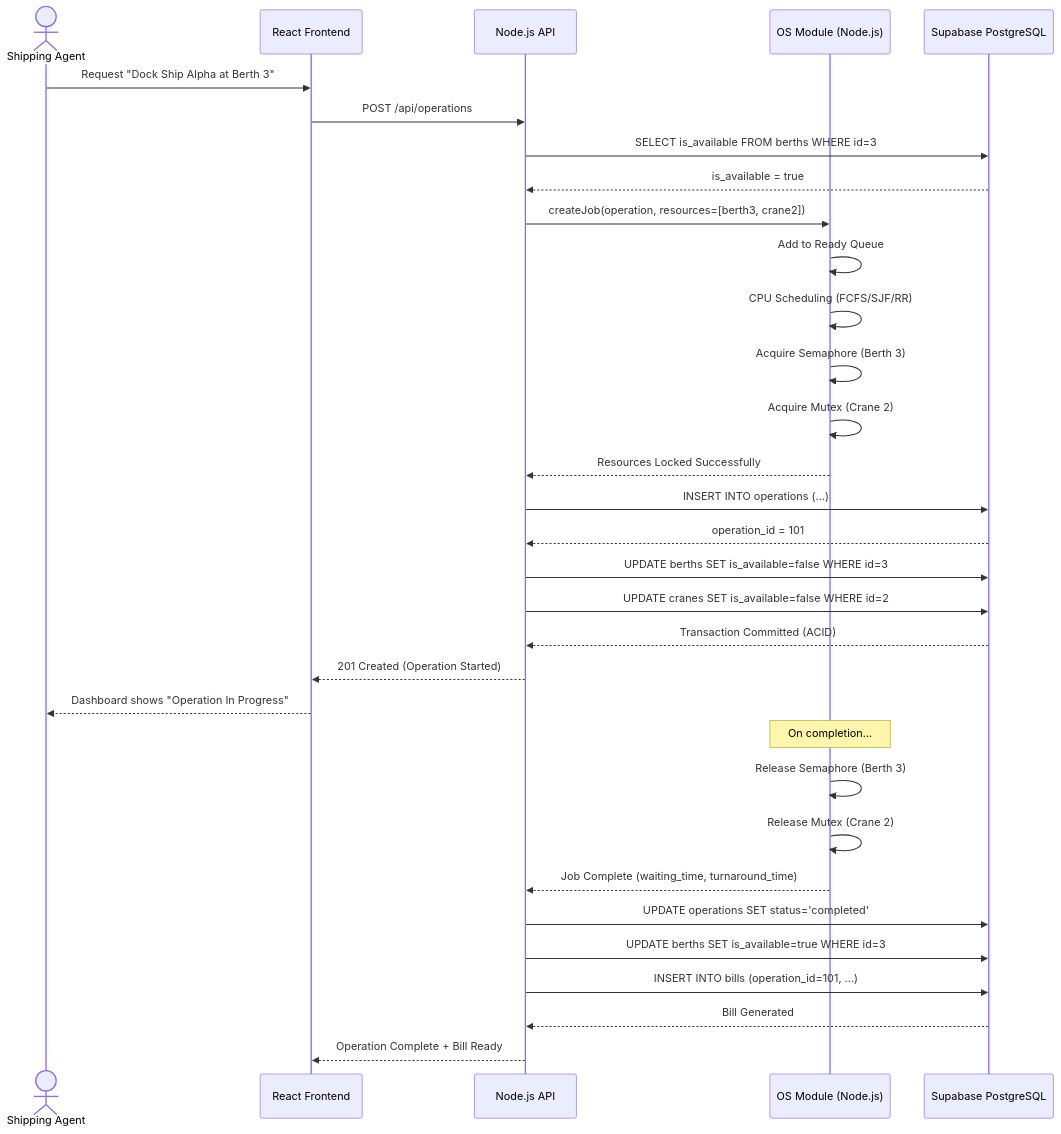
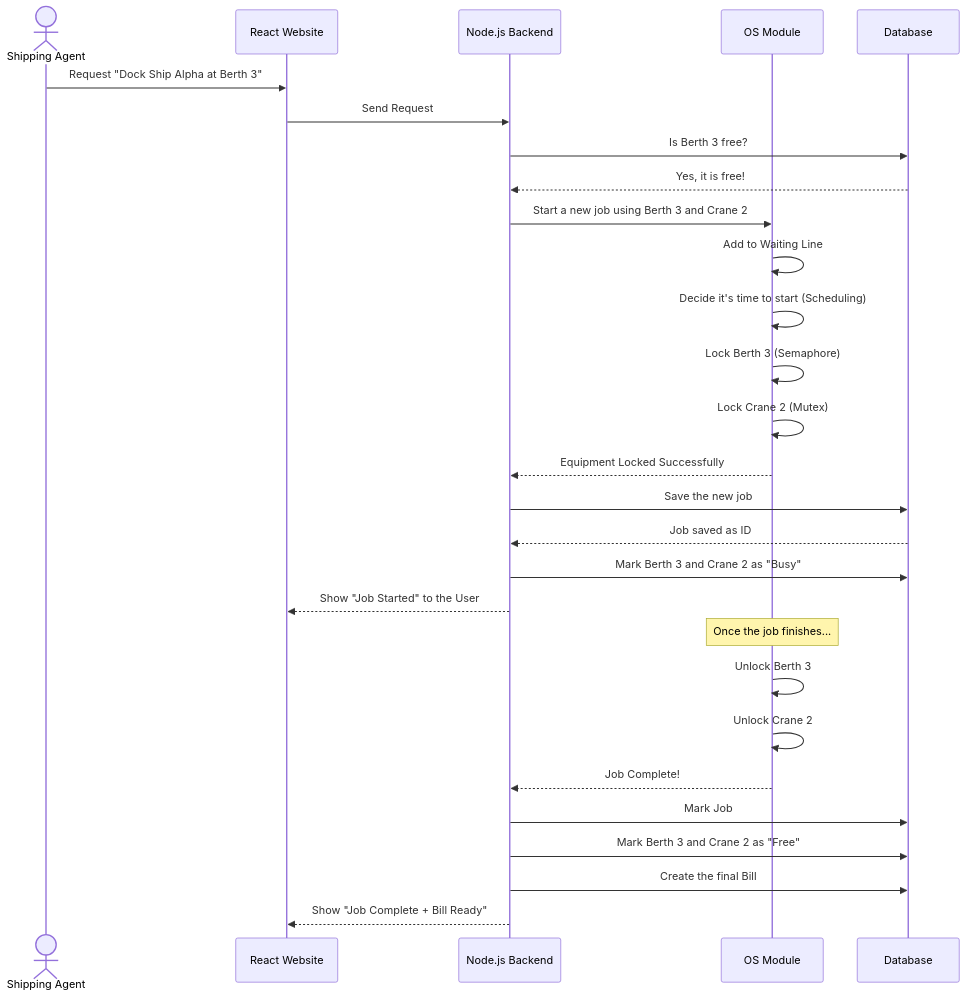
The sixth of 8 diagrams in README.md (Sujalkathait/PortFlow), drawn with Mermaid before and after one commit. The commit also changed other lines of this file, not shown here.

````diff
--- a/README.md
+++ b/README.md
@@ -540,35 +513,32 @@
 ```mermaid
 sequenceDiagram
     actor Agent as Shipping Agent
-    participant UI as React Frontend
-    participant API as Node.js API
-    participant OS as OS Module (Node.js)
-    participant DB as Supabase PostgreSQL
+    participant UI as React Website
+    participant API as Node.js Backend
+    participant OS as OS Module
+    participant DB as Database
 
     Agent->>UI: Request "Dock Ship Alpha at Berth 3"
-    UI->>API: POST /api/operations
-    API->>DB: SELECT is_available FROM berths WHERE id=3
-    DB-->>API: is_available = true
-    API->>OS: createJob(operation, resources=[berth3, crane2])
-    OS->>OS: Add to Ready Queue
-    OS->>OS: CPU Scheduling (FCFS/SJF/RR)
-    OS->>OS: Acquire Semaphore (Berth 3)
-    OS->>OS: Acquire Mutex (Crane 2)
-    OS-->>API: Resources Locked Successfully
-    API->>DB: INSERT INTO operations (...)
-    DB-->>API: operation_id = 101
-    API->>DB: UPDATE berths SET is_available=false WHERE id=3
-    API->>DB: UPDATE cranes SET is_available=false WHERE id=2
-    DB-->>API: Transaction Committed (ACID)
-    API-->>UI: 201 Created (Operation Started)
-    UI-->>Agent: Dashboard shows "Operation In Progress"
-    Note over OS: On completion...
-    OS->>OS: Release Semaphore (Berth 3)
-    OS->>OS: Release Mutex (Crane 2)
-    OS-->>API: Job Complete (waiting_time, turnaround_time)
-    API->>DB: UPDATE operations SET status='completed'
-    API->>DB: UPDATE berths SET is_available=true WHERE id=3
-    API->>DB: INSERT INTO bills (operation_id=101, ...)
-    DB-->>API: Bill Generated
-    API-->>UI: Operation Complete + Bill Ready
+    UI->>API: Send Request
+    API->>DB: Is Berth 3 free?
+    DB-->>API: Yes, it is free!
+    API->>OS: Start a new job using Berth 3 and Crane 2
+    OS->>OS: Add to Waiting Line
+    OS->>OS: Decide it's time to start (Scheduling)
+    OS->>OS: Lock Berth 3 (Semaphore)
+    OS->>OS: Lock Crane 2 (Mutex)
+    OS-->>API: Equipment Locked Successfully
+    API->>DB: Save the new job
+    DB-->>API: Job saved as ID #101
+    API->>DB: Mark Berth 3 and Crane 2 as "Busy"
+    API-->>UI: Show "Job Started" to the User
+    
+    Note over OS: Once the job finishes...
+    OS->>OS: Unlock Berth 3
+    OS->>OS: Unlock Crane 2
+    OS-->>API: Job Complete!
+    API->>DB: Mark Job #101 as "Completed"
+    API->>DB: Mark Berth 3 and Crane 2 as "Free"
+    API->>DB: Create the final Bill
+    API-->>UI: Show "Job Complete + Bill Ready"
 ```
````
